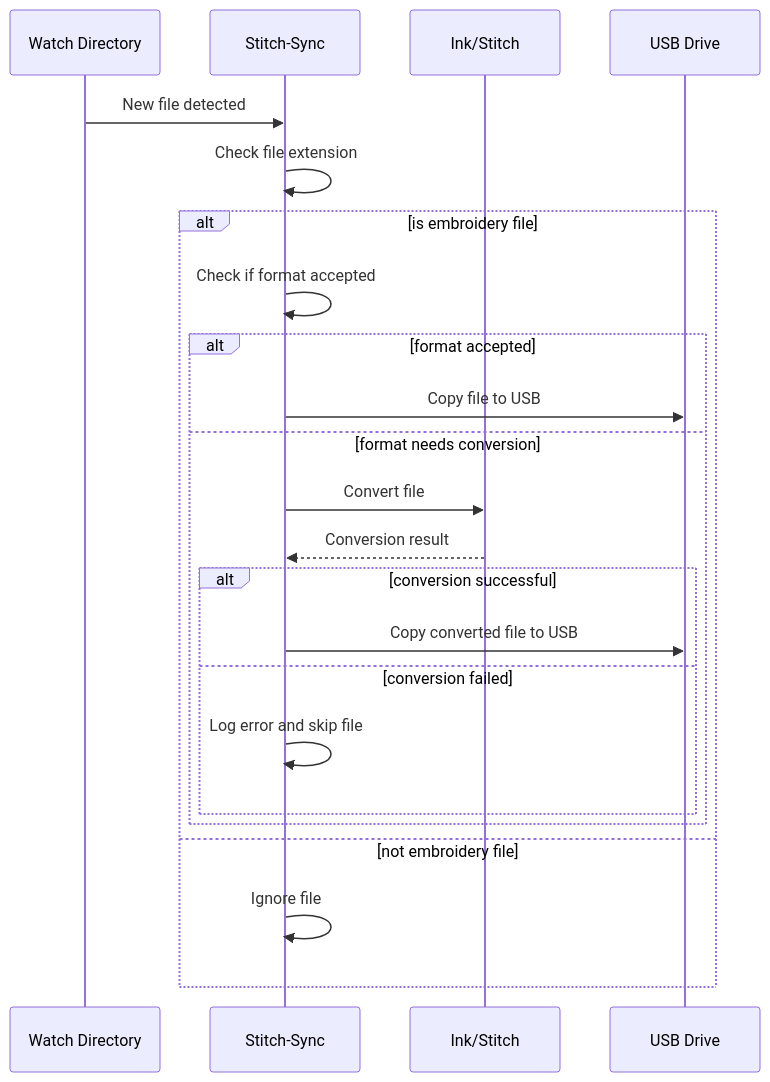
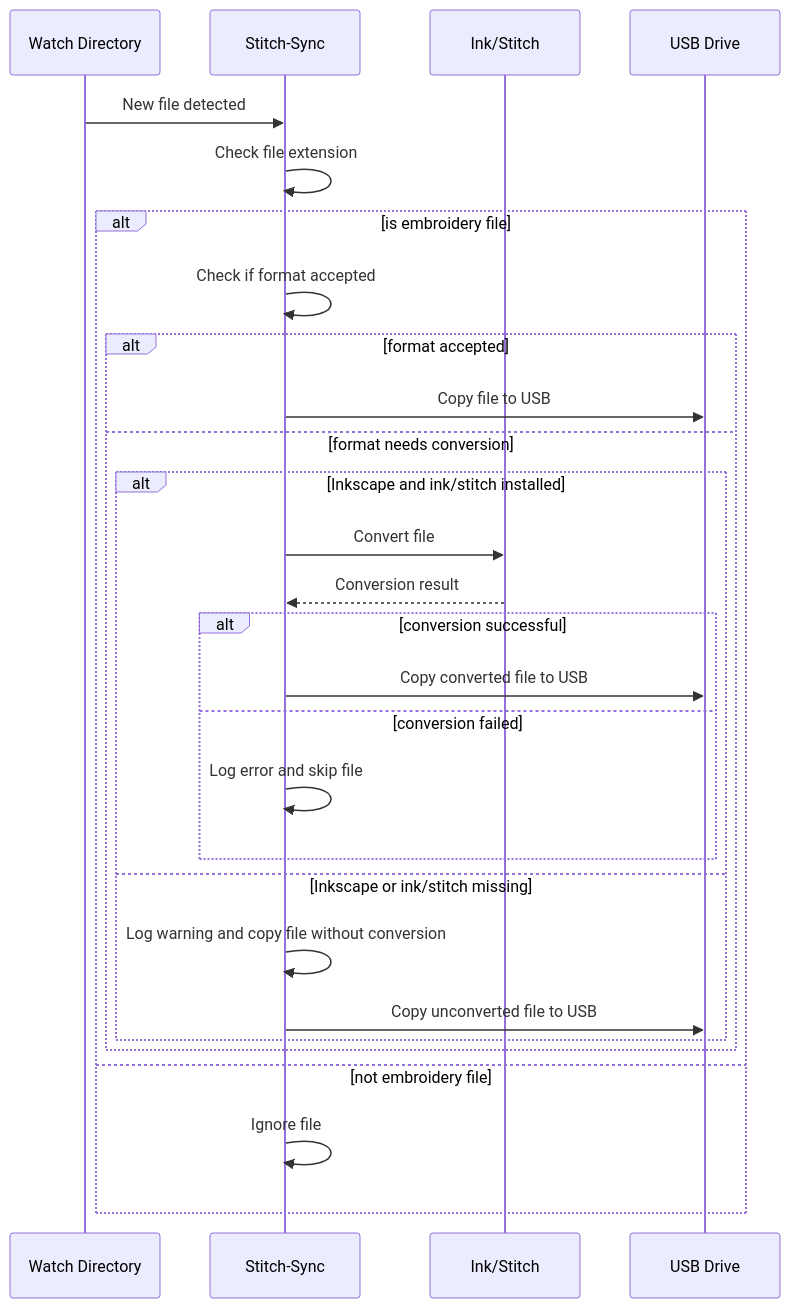
One commit to osteele/stitch-sync changed the third of 3 diagrams in docs/spec.md. Above: the diagram before and after it, drawn with Mermaid. The commit also changed other lines of this file and 5 other files, not shown here.

````diff
--- a/docs/spec.md
+++ b/docs/spec.md
@@ -146,26 +150,31 @@
 ```mermaid
 sequenceDiagram
     participant W as Watch Directory
     participant S as Stitch-Sync
     participant I as Ink/Stitch
     participant U as USB Drive
 
     W->>S: New file detected
     S->>S: Check file extension
     alt is embroidery file
         S->>S: Check if format accepted
         alt format accepted
             S->>U: Copy file to USB
         else format needs conversion
-            S->>I: Convert file
-            I-->>S: Conversion result
-            alt conversion successful
-                S->>U: Copy converted file to USB
-            else conversion failed
-                S->>S: Log error and skip file
+            alt Inkscape and ink/stitch installed
+                S->>I: Convert file
+                I-->>S: Conversion result
+                alt conversion successful
+                    S->>U: Copy converted file to USB
+                else conversion failed
+                    S->>S: Log error and skip file
+                end
+            else Inkscape or ink/stitch missing
+                S->>S: Log warning and copy file without conversion
+                S->>U: Copy unconverted file to USB
             end
         end
     else not embroidery file
         S->>S: Ignore file
     end
 ```
````
